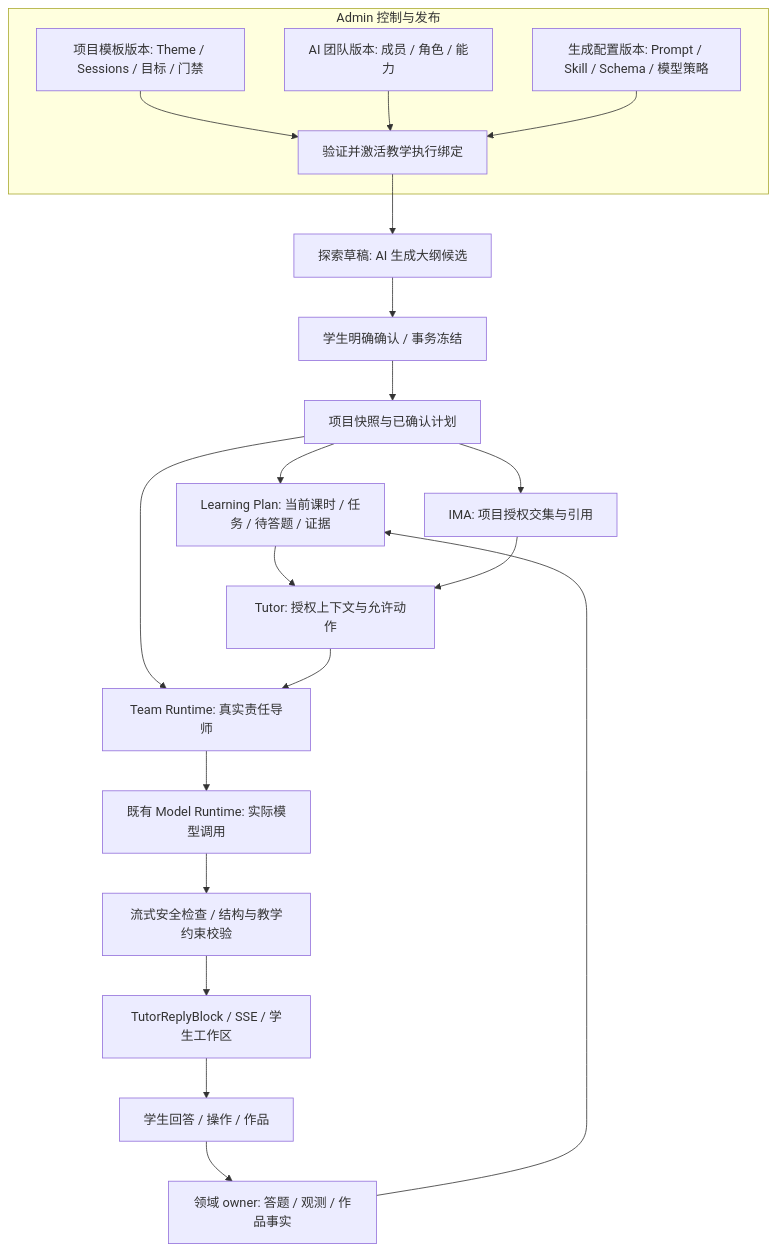
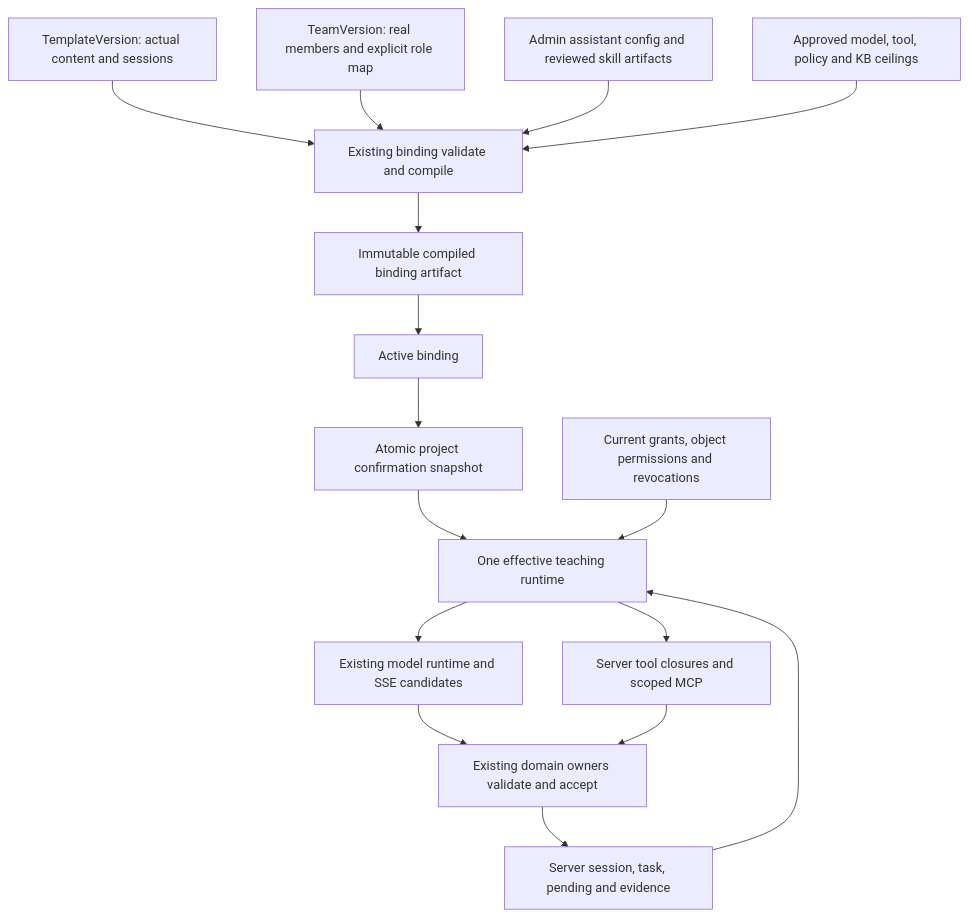
One commit to Jack-Liu0227/qitu-zhixue changed the diagram in docs/plan/codex/architecture.md. Above: the diagram before and after it, drawn with Mermaid. The commit also changed other lines of this file and 81 other files, not shown here.

First line of the commit message:
feat(pbl): add versioned 16-session optics templates and governed runtime identity

````diff
--- a/docs/plan/codex/architecture.md
+++ b/docs/plan/codex/architecture.md
@@ -30,27 +37,18 @@
 ```mermaid
 flowchart TD
-  subgraph Control[Admin 控制与发布]
-    T[项目模板版本: Theme / Sessions / 目标 / 门禁]
-    A[AI 团队版本: 成员 / 角色 / 能力]
-    P[生成配置版本: Prompt / Skill / Schema / 模型策略]
-    B[验证并激活教学执行绑定]
-    T --> B
-    A --> B
-    P --> B
-  end
-  B --> D[探索草稿: AI 生成大纲候选]
-  D --> C[学生明确确认 / 事务冻结]
-  C --> S[项目快照与已确认计划]
-  S --> L[Learning Plan: 当前课时 / 任务 / 待答题 / 证据]
-  L --> X[Tutor: 授权上下文与允许动作]
-  S --> R[Team Runtime: 真实责任导师]
-  X --> R
-  R --> M[既有 Model Runtime: 实际模型调用]
-  S --> K
-  K[IMA: 项目授权交集与引用] --> X
-  M --> V[流式安全检查 / 结构与教学约束校验]
-  V --> U[TutorReplyBlock / SSE / 学生工作区]
-  U --> E[学生回答 / 操作 / 作品]
-  E --> O[领域 owner: 答题 / 观测 / 作品事实]
-  O --> L
+  T[TemplateVersion: actual content and sessions] --> C[Existing binding validate and compile]
+  V[TeamVersion: real members and explicit role map] --> C
+  A[Admin assistant config and reviewed skill artifacts] --> C
+  G[Approved model, tool, policy and KB ceilings] --> C
+  C --> M[Immutable compiled binding artifact]
+  M --> B[Active binding]
+  B --> P[Atomic project confirmation snapshot]
+  P --> R[One effective teaching runtime]
+  S[Server session, task, pending and evidence] --> R
+  L[Current grants, object permissions and revocations] --> R
+  R --> AI[Existing model runtime and SSE candidates]
+  R --> TB[Server tool closures and scoped MCP]
+  AI --> O[Existing domain owners validate and accept]
+  TB --> O
+  O --> S
 ```
````
